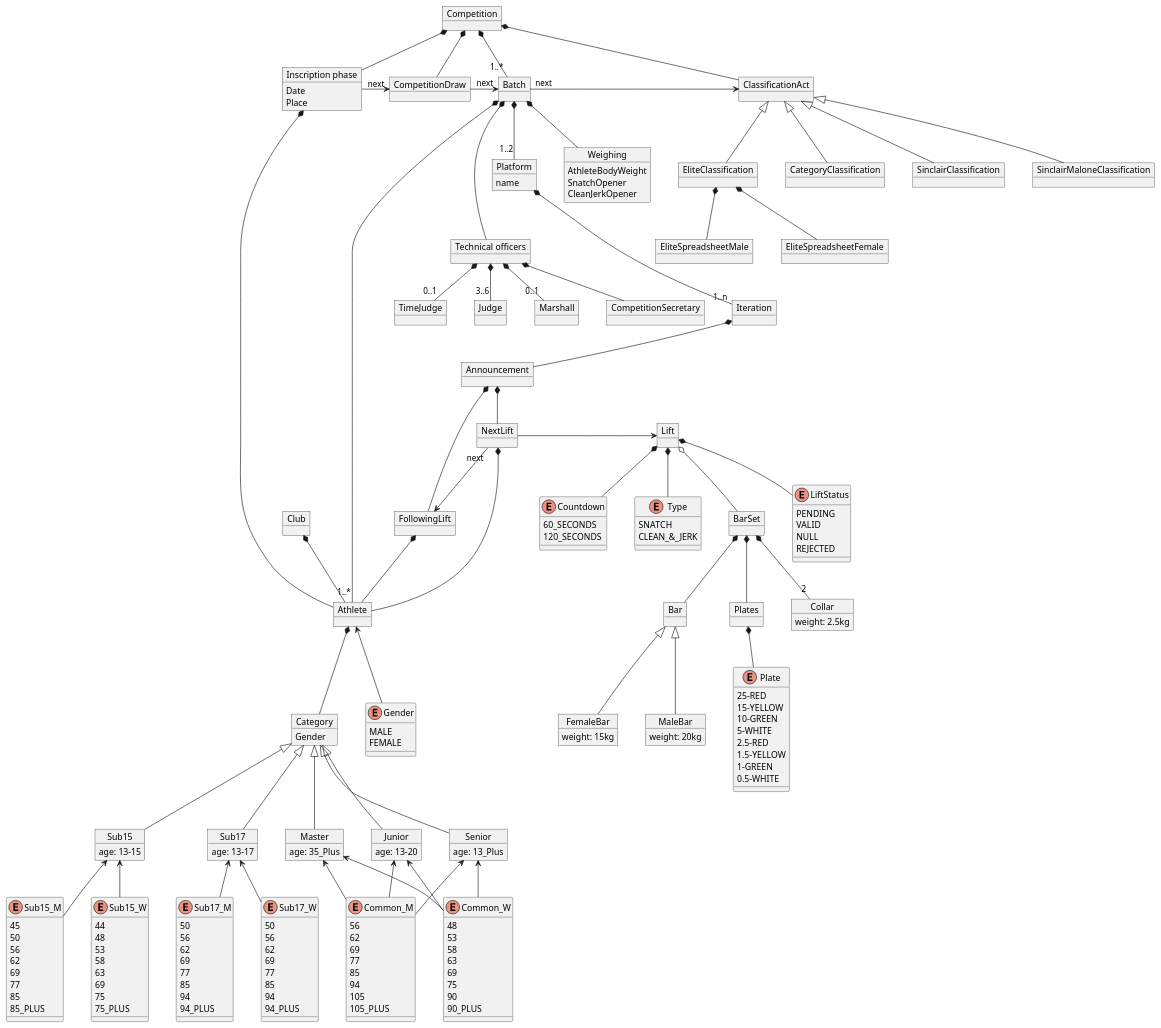
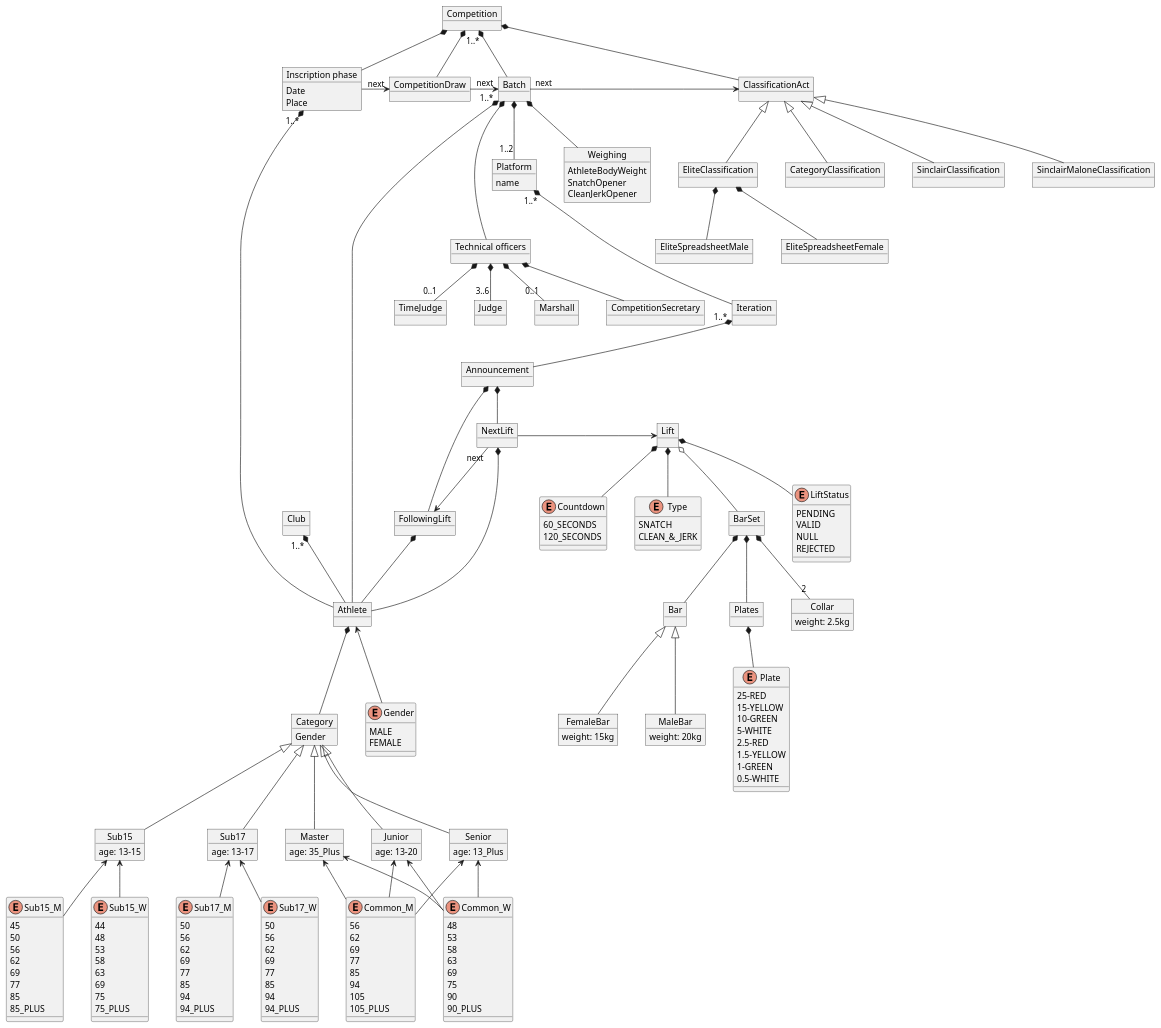
One commit to zuldare/mastercloud_pfm_halterocms changed the diagram in diagrams/modelDomain/competitionDomainModel.puml. Above: the diagram before and after it, drawn with PlantUML. The commit also changed 3 other files, not shown here.

```diff
--- a/diagrams/modelDomain/competitionDomainModel.puml
+++ b/diagrams/modelDomain/competitionDomainModel.puml
@@ -170,11 +170,11 @@
 object FollowingLift
 
 Competition *-- Inscription
-Inscription *-- Athlete
+Inscription "1..*"  *-- Athlete
 Athlete <-- Gender
-Club *-- Athlete
+Club "1..*" *-- Athlete
 Competition *-- CompetitionDraw
-Competition *-- "1..*" Batch
+Competition "1..*" *--  Batch
 Competition *-- ClassificationAct
 ClassificationAct <|-- CategoryClassification
 ClassificationAct <|-- SinclairClassification
@@ -189,7 +189,7 @@
 
 Batch *-- Weighing
 Batch *-- "1..2" Platform
-Batch *--- "1..*" Athlete
+Batch "1..*" *---  Athlete
 Batch *--- TC
 
 TC *-- "3..6" Judge
@@ -197,8 +197,8 @@
 TC *-- "0..1" Marshall
 TC *-- "0..1" TimeJudge
 
-Platform *--- "1..n" Iteration
-Iteration *-- Announcement
+Platform "1..*" *---  Iteration
+Iteration "1..*" *--  Announcement
 Announcement *-- NextLift
 Announcement *-- FollowingLift
 NextLift "next" --> FollowingLift
```
